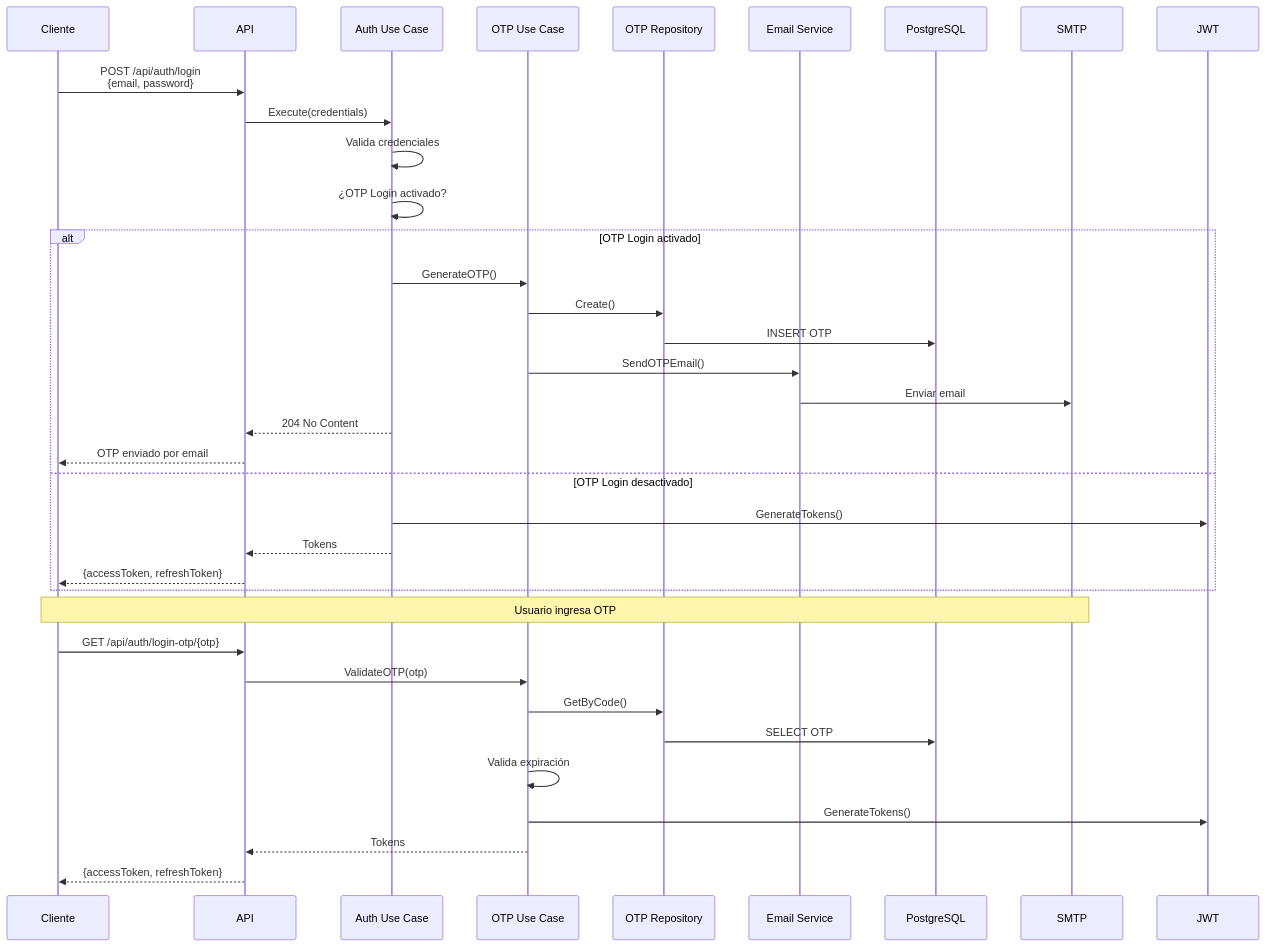
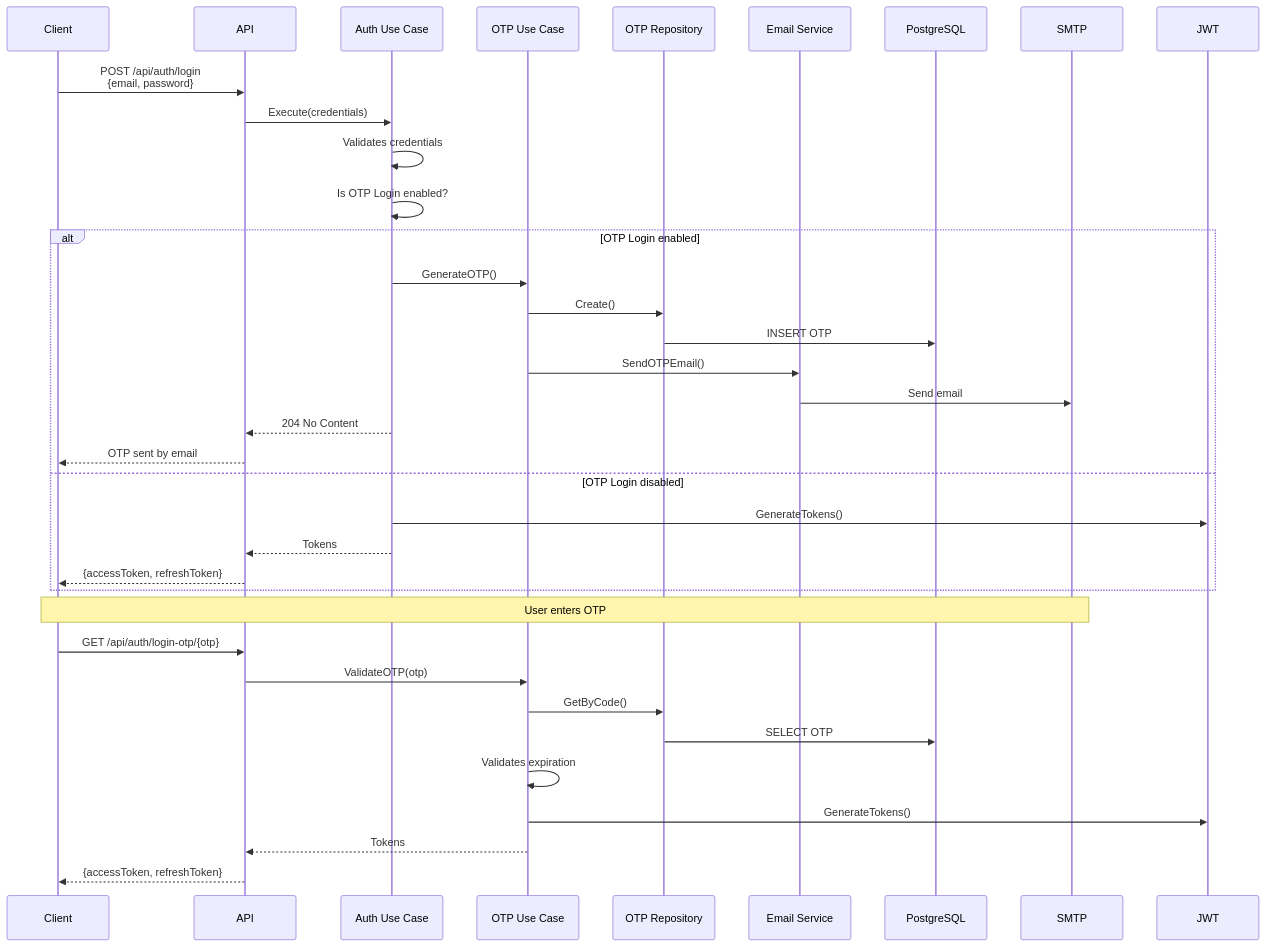
Diagram 21 of 27 in README.md (Simon3640/GoProjectSkeleton), drawn with Mermaid before and after one commit. The commit also changed other lines of this file and 1 other file, not shown here.

````diff
--- a/README.md
+++ b/README.md
@@ -3471,40 +3471,40 @@
 ```mermaid
 sequenceDiagram
-    participant Client as Cliente
+    participant Client as Client
     participant API as API
     participant AuthUC as Auth Use Case
     participant OTPUC as OTP Use Case
     participant OTPRepo as OTP Repository
     participant EmailSvc as Email Service
     participant DB as PostgreSQL
     participant SMTP as SMTP
 
     Client->>API: POST /api/auth/login<br/>{email, password}
     API->>AuthUC: Execute(credentials)
-    AuthUC->>AuthUC: Valida credenciales
-    AuthUC->>AuthUC: ¿OTP Login activado?
+    AuthUC->>AuthUC: Validates credentials
+    AuthUC->>AuthUC: Is OTP Login enabled?
 
-    alt OTP Login activado
+    alt OTP Login enabled
         AuthUC->>OTPUC: GenerateOTP()
         OTPUC->>OTPRepo: Create()
         OTPRepo->>DB: INSERT OTP
         OTPUC->>EmailSvc: SendOTPEmail()
-        EmailSvc->>SMTP: Enviar email
+        EmailSvc->>SMTP: Send email
         AuthUC-->>API: 204 No Content
-        API-->>Client: OTP enviado por email
-    else OTP Login desactivado
+        API-->>Client: OTP sent by email
+    else OTP Login disabled
         AuthUC->>JWT: GenerateTokens()
         AuthUC-->>API: Tokens
         API-->>Client: {accessToken, refreshToken}
     end
 
-    Note over Client,SMTP: Usuario ingresa OTP
+    Note over Client,SMTP: User enters OTP
     Client->>API: GET /api/auth/login-otp/{otp}
     API->>OTPUC: ValidateOTP(otp)
     OTPUC->>OTPRepo: GetByCode()
     OTPRepo->>DB: SELECT OTP
-    OTPUC->>OTPUC: Valida expiración
+    OTPUC->>OTPUC: Validates expiration
     OTPUC->>JWT: GenerateTokens()
     OTPUC-->>API: Tokens
     API-->>Client: {accessToken, refreshToken}
 ```
````
